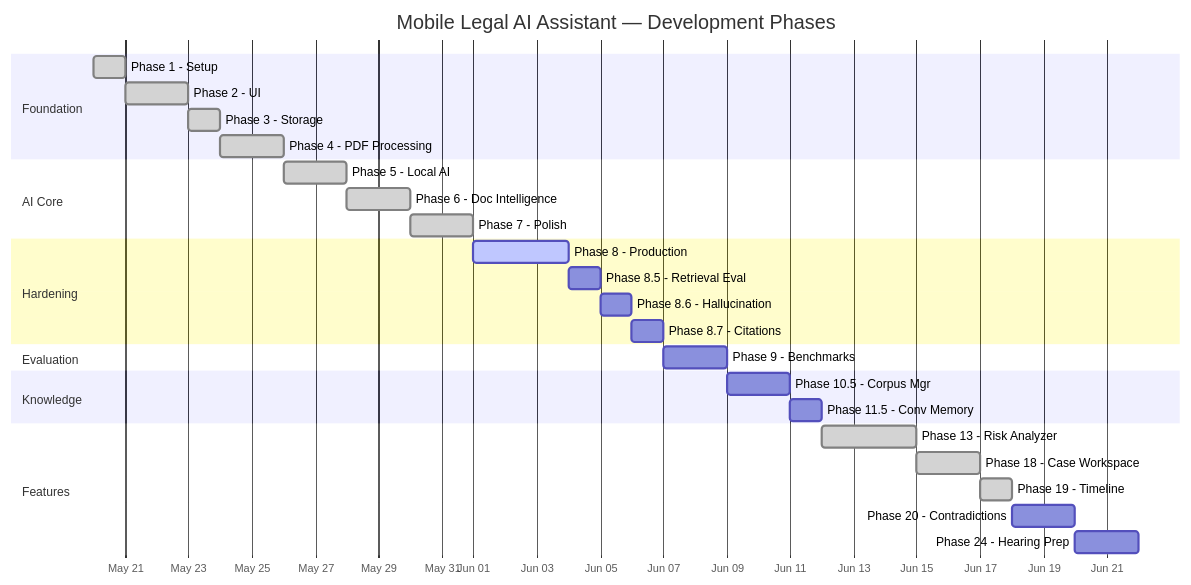
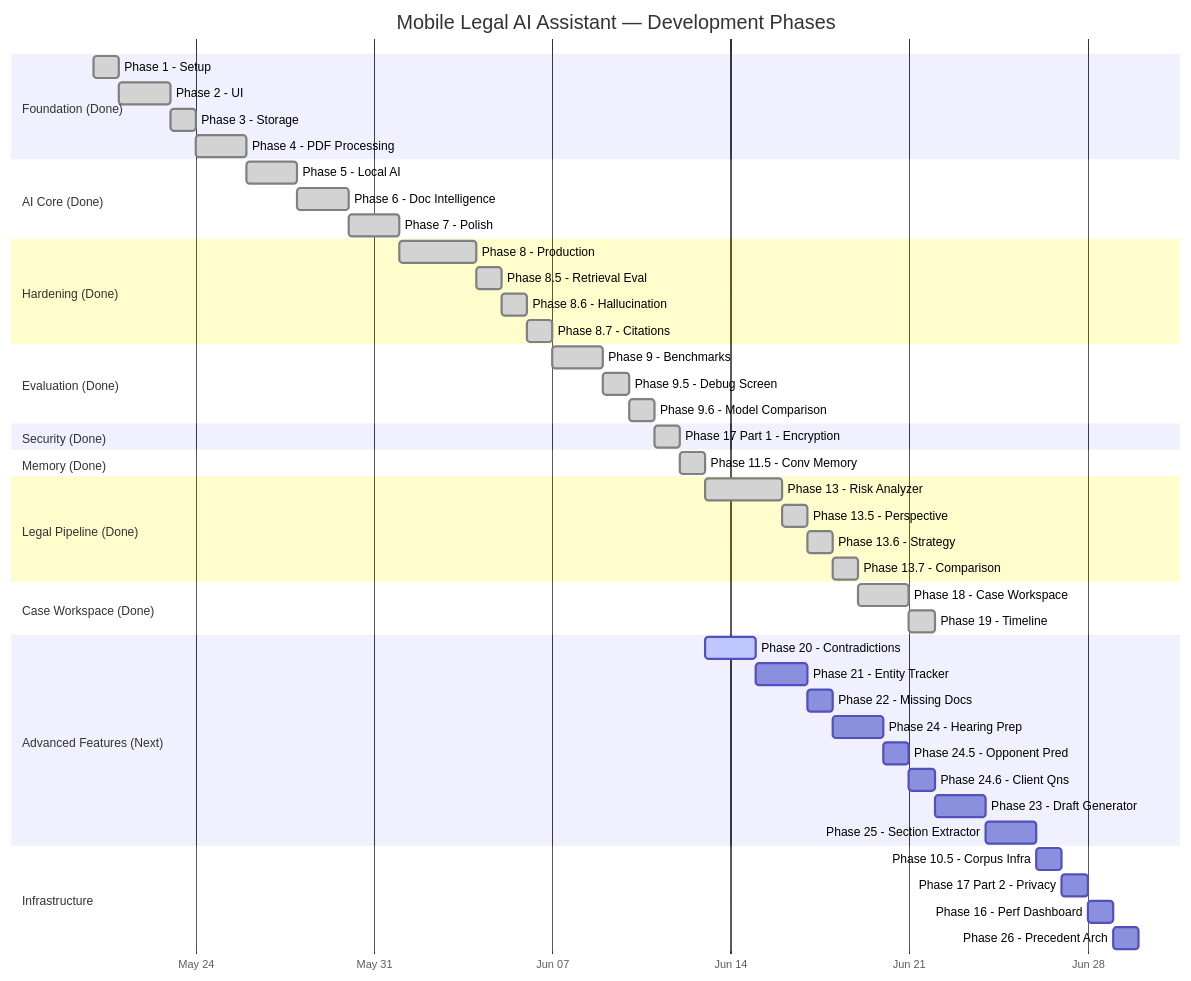
One commit to Nani040905/mobile-legal-ai-assistant changed the second of 2 diagrams in docs/07-roadmap.md. Above: the diagram before and after it, drawn with Mermaid. The commit also changed other lines of this file and 1 other file, not shown here.

Commit message:
Docs: Add Phase 20-26 implementation plan and update roadmap with revised execution order

````diff
--- a/docs/07-roadmap.md
+++ b/docs/07-roadmap.md
@@ -13,37 +13,60 @@
 ```mermaid
 gantt
     title Mobile Legal AI Assistant — Development Phases
     dateFormat YYYY-MM-DD
     axisFormat %b %d
 
-    section Foundation
-    Phase 1 - Setup           :done, p1, 2026-05-20, 1d
-    Phase 2 - UI              :done, p2, after p1, 2d
-    Phase 3 - Storage         :done, p3, after p2, 1d
-    Phase 4 - PDF Processing  :done, p4, after p3, 2d
+    section Foundation (Done)
+    Phase 1 - Setup             :done, p1, 2026-05-20, 1d
+    Phase 2 - UI                :done, p2, after p1, 2d
+    Phase 3 - Storage           :done, p3, after p2, 1d
+    Phase 4 - PDF Processing    :done, p4, after p3, 2d
 
-    section AI Core
-    Phase 5 - Local AI        :done, p5, after p4, 2d
-    Phase 6 - Doc Intelligence :done, p6, after p5, 2d
-    Phase 7 - Polish          :done, p7, after p6, 2d
+    section AI Core (Done)
+    Phase 5 - Local AI          :done, p5, after p4, 2d
+    Phase 6 - Doc Intelligence  :done, p6, after p5, 2d
+    Phase 7 - Polish            :done, p7, after p6, 2d
 
-    section Hardening
-    Phase 8 - Production      :active, p8, after p7, 3d
-    Phase 8.5 - Retrieval Eval :p85, after p8, 1d
-    Phase 8.6 - Hallucination :p86, after p85, 1d
-    Phase 8.7 - Citations     :p87, after p86, 1d
+    section Hardening (Done)
+    Phase 8 - Production        :done, p8, after p7, 3d
+    Phase 8.5 - Retrieval Eval  :done, p85, after p8, 1d
+    Phase 8.6 - Hallucination   :done, p86, after p85, 1d
+    Phase 8.7 - Citations       :done, p87, after p86, 1d
 
-    section Evaluation
-    Phase 9 - Benchmarks      :p9, after p87, 2d
+    section Evaluation (Done)
+    Phase 9 - Benchmarks        :done, p9, after p87, 2d
+    Phase 9.5 - Debug Screen    :done, p95, after p9, 1d
+    Phase 9.6 - Model Comparison :done, p96, after p95, 1d
 
-    section Knowledge
-    Phase 10.5 - Corpus Mgr   :p105, after p9, 2d
-    Phase 11.5 - Conv Memory  :p115, after p105, 1d
+    section Security (Done)
+    Phase 17 Part 1 - Encryption :done, p17a, after p96, 1d
 
-    section Features
-    Phase 13 - Risk Analyzer  :done, p13, after p115, 3d
-    Phase 18 - Case Workspace :done, p18, after p13, 2d
-    Phase 19 - Timeline       :done, p19, after p18, 1d
-    Phase 20 - Contradictions :p20, after p19, 2d
-    Phase 24 - Hearing Prep   :p24, after p20, 2d
+    section Memory (Done)
+    Phase 11.5 - Conv Memory    :done, p115, after p17a, 1d
+
+    section Legal Pipeline (Done)
+    Phase 13 - Risk Analyzer    :done, p13, after p115, 3d
+    Phase 13.5 - Perspective    :done, p135, after p13, 1d
+    Phase 13.6 - Strategy       :done, p136, after p135, 1d
+    Phase 13.7 - Comparison     :done, p137, after p136, 1d
+
+    section Case Workspace (Done)
+    Phase 18 - Case Workspace   :done, p18, after p137, 2d
+    Phase 19 - Timeline         :done, p19, after p18, 1d
+
+    section Advanced Features (Next)
+    Phase 20 - Contradictions   :active, p20, 2026-06-13, 2d
+    Phase 21 - Entity Tracker   :p21, after p20, 2d
+    Phase 22 - Missing Docs     :p22, after p21, 1d
+    Phase 24 - Hearing Prep     :p24, after p22, 2d
+    Phase 24.5 - Opponent Pred  :p245, after p24, 1d
+    Phase 24.6 - Client Qns     :p246, after p245, 1d
+    Phase 23 - Draft Generator  :p23, after p246, 2d
+    Phase 25 - Section Extractor :p25, after p23, 2d
+
+    section Infrastructure
+    Phase 10.5 - Corpus Infra   :p105, after p25, 1d
+    Phase 17 Part 2 - Privacy   :p17b, after p105, 1d
+    Phase 16 - Perf Dashboard   :p16, after p17b, 1d
+    Phase 26 - Precedent Arch   :p26, after p16, 1d
 ```
````
